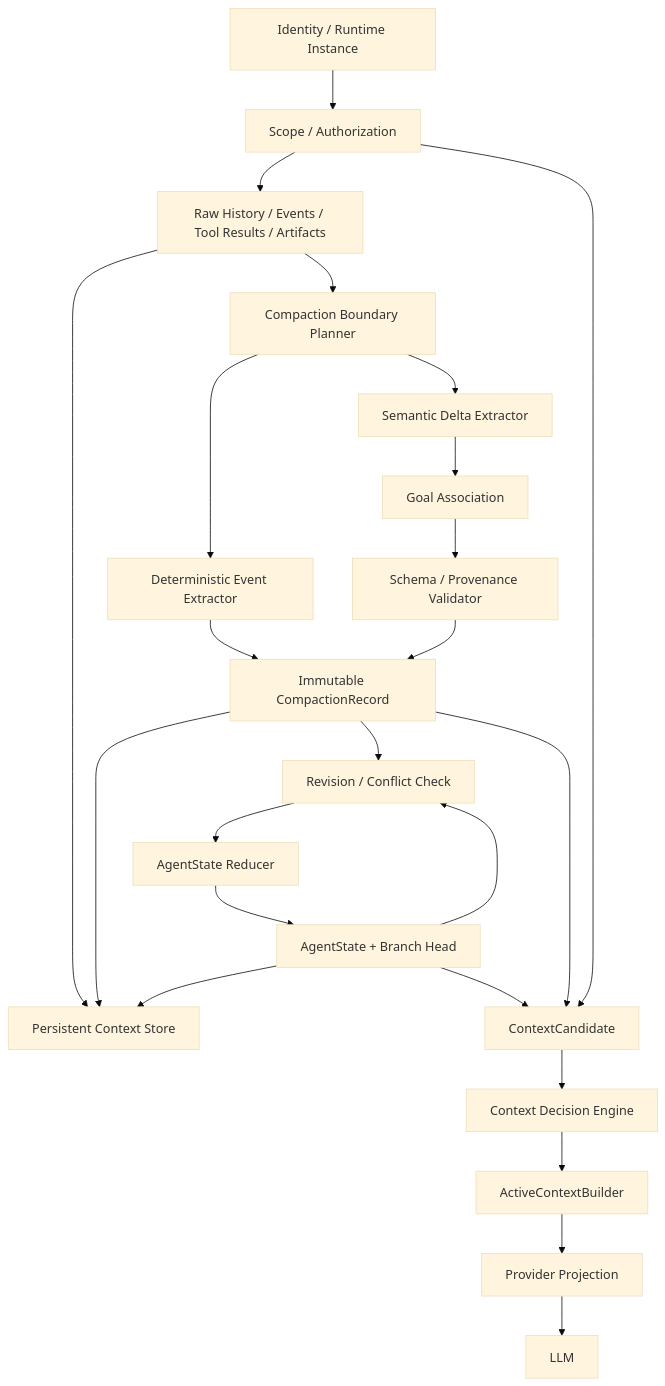
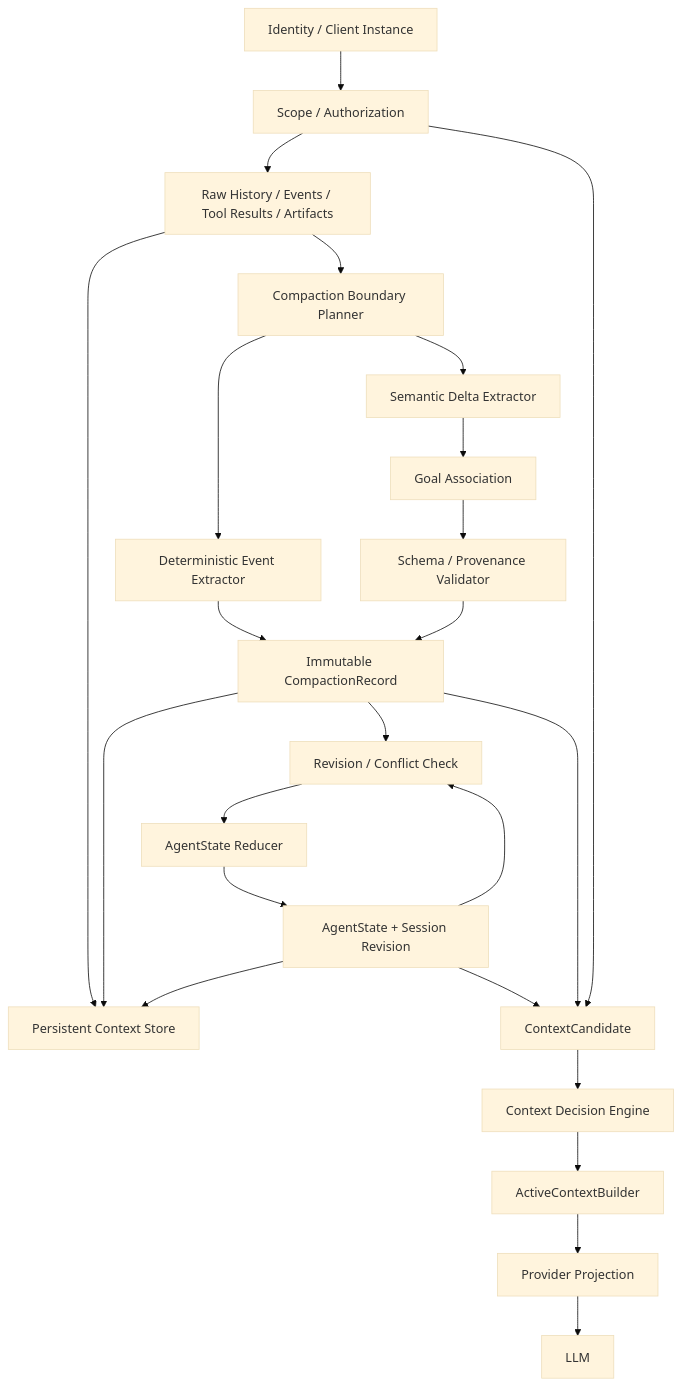
Before and after one commit to awaku7/agentcli: the diagram in docs/UAG_STRUCTURED_COMPACTION_DESIGN.md, drawn with Mermaid (base theme). The commit also changed other lines of this file, not shown here.

Commit message:
docs: simplify concurrency around client instances and session revisions

```diff
--- a/docs/UAG_STRUCTURED_COMPACTION_DESIGN.md
+++ b/docs/UAG_STRUCTURED_COMPACTION_DESIGN.md
@@ -250,45 +250,45 @@
 ~~~mermaid
 flowchart TD
-    ID[Identity / Runtime Instance]
+    ID[Identity / Client Instance]
     AUTH[Scope / Authorization]
     RAW[Raw History / Events / Tool Results / Artifacts]
     STORE[Persistent Context Store]
     BOUNDARY[Compaction Boundary Planner]
     DEX[Deterministic Event Extractor]
     SEM[Semantic Delta Extractor]
     ASSOC[Goal Association]
     VALIDATE[Schema / Provenance Validator]
     RECORD[Immutable CompactionRecord]
     CONFLICT[Revision / Conflict Check]
     REDUCER[AgentState Reducer]
-    STATE[AgentState + Branch Head]
+    STATE[AgentState + Session Revision]
     CANDIDATE[ContextCandidate]
     DECISION[Context Decision Engine]
     ACTIVE[ActiveContextBuilder]
     PROJECTION[Provider Projection]
     LLM[LLM]
 
     ID --> AUTH
     AUTH --> RAW
     RAW --> STORE
     RAW --> BOUNDARY
     BOUNDARY --> DEX
     BOUNDARY --> SEM
     SEM --> ASSOC
     DEX --> RECORD
     ASSOC --> VALIDATE
     VALIDATE --> RECORD
     RECORD --> STORE
     RECORD --> CONFLICT
     STATE --> CONFLICT
     CONFLICT --> REDUCER
     REDUCER --> STATE
     STATE --> STORE
     RECORD --> CANDIDATE
     STATE --> CANDIDATE
     AUTH --> CANDIDATE
     CANDIDATE --> DECISION
     DECISION --> ACTIVE
     ACTIVE --> PROJECTION
     PROJECTION --> LLM
 ~~~
```
